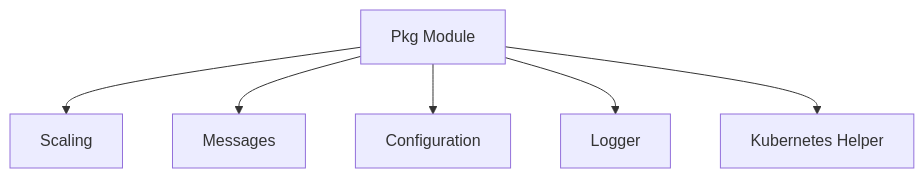
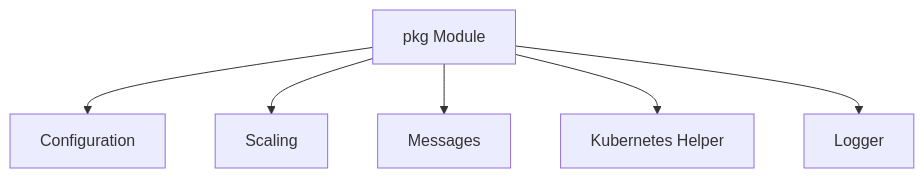
Before and after one commit to ShreyasPatel031/CodeWiki: the diagram in demo/repos/KubeElasti/pkg.md, drawn with Mermaid. The commit also changed other lines of this file and 55 other files, not shown here.

````diff
--- a/demo/repos/KubeElasti/pkg.md
+++ b/demo/repos/KubeElasti/pkg.md
@@ -11,21 +11,15 @@
 ```mermaid
 graph TD
-    pkg[Pkg Module]
-    scaling[Scaling]
-    messages[Messages]
-    config[Configuration]
-    logger[Logger]
-    k8shelper[Kubernetes Helper]
+    pkg[pkg Module]
+    pkg --> config[Configuration]
+    pkg --> scaling[Scaling]
+    pkg --> messages[Messages]
+    pkg --> k8shelper[Kubernetes Helper]
+    pkg --> logger[Logger]
 
-    pkg --> scaling
-    pkg --> messages
-    pkg --> config
-    pkg --> logger
-    pkg --> k8shelper
-
+    click config "config.md" "View Configuration Module"
     click scaling "scaling.md" "View Scaling Module"
     click messages "messages.md" "View Messages Module"
-    click config "config.md" "View Configuration Module"
+    click k8shelper "k8shelper.md" "View Kubernetes Helper Module"
     click logger "logger.md" "View Logger Module"
-    click k8shelper "k8shelper.md" "View Kubernetes Helper Module"
 ```
````
